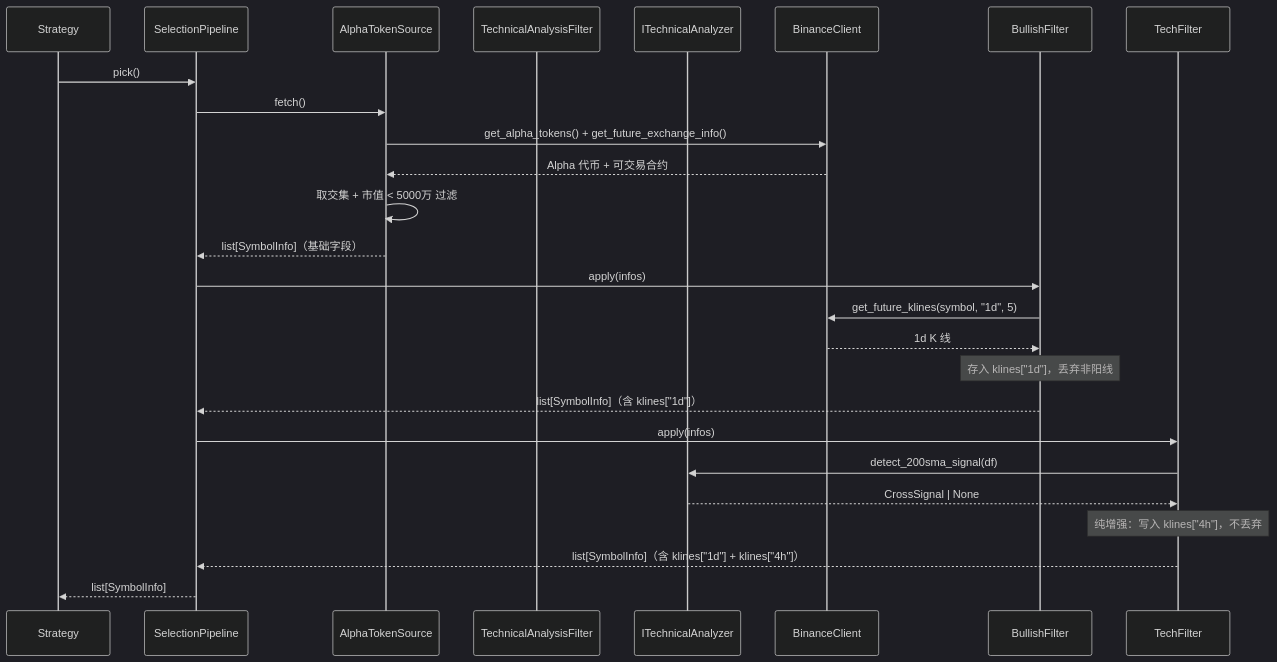
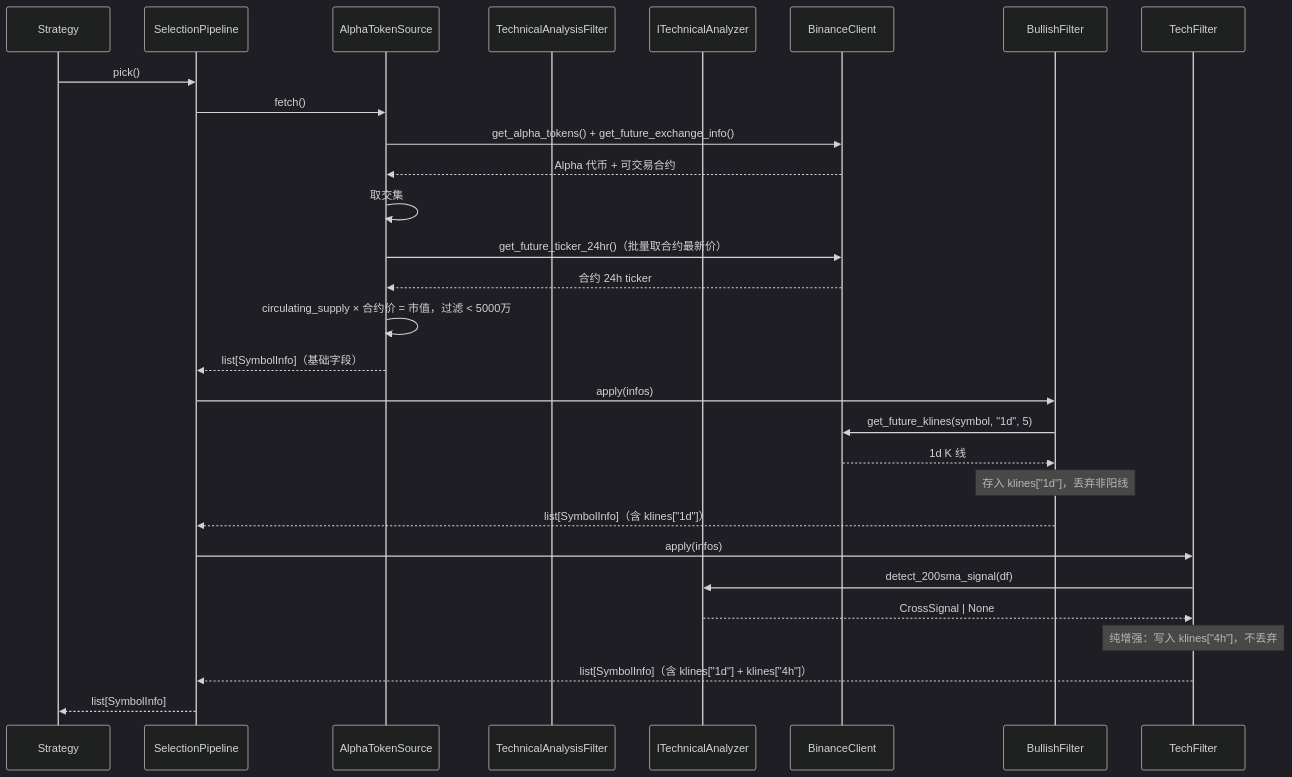
Before and after one commit to cqlwm/trading-service: the third of 6 diagrams in architecture_document/06-integration.md, drawn with Mermaid (dark theme). The commit also changed 35 other files, not shown here.

````diff
--- a/architecture_document/06-integration.md
+++ b/architecture_document/06-integration.md
@@ -106,27 +106,30 @@
 ```mermaid
 sequenceDiagram
     participant Strategy as Strategy
     participant Pipeline as SelectionPipeline
     participant Source as AlphaTokenSource
     participant Filter as TechnicalAnalysisFilter
     participant Analyzer as ITechnicalAnalyzer
     participant Binance as BinanceClient
 
     Strategy->>Pipeline: pick()
     Pipeline->>Source: fetch()
     Source->>Binance: get_alpha_tokens() + get_future_exchange_info()
     Binance-->>Source: Alpha 代币 + 可交易合约
-    Source->>Source: 取交集 + 市值 < 5000万 过滤
+    Source->>Source: 取交集
+    Source->>Binance: get_future_ticker_24hr()（批量取合约最新价）
+    Binance-->>Source: 合约 24h ticker
+    Source->>Source: circulating_supply × 合约价 = 市值，过滤 < 5000万
     Source-->>Pipeline: list[SymbolInfo]（基础字段）
     Pipeline->>BullishFilter: apply(infos)
     BullishFilter->>Binance: get_future_klines(symbol, "1d", 5)
     Binance-->>BullishFilter: 1d K 线
     Note over BullishFilter: 存入 klines["1d"]，丢弃非阳线
     BullishFilter-->>Pipeline: list[SymbolInfo]（含 klines["1d"]）
     Pipeline->>TechFilter: apply(infos)
     TechFilter->>Analyzer: detect_200sma_signal(df)
     Analyzer-->>TechFilter: CrossSignal | None
     Note over TechFilter: 纯增强：写入 klines["4h"]，不丢弃
     TechFilter-->>Pipeline: list[SymbolInfo]（含 klines["1d"] + klines["4h"]）
     Pipeline-->>Strategy: list[SymbolInfo]
 ```
````
